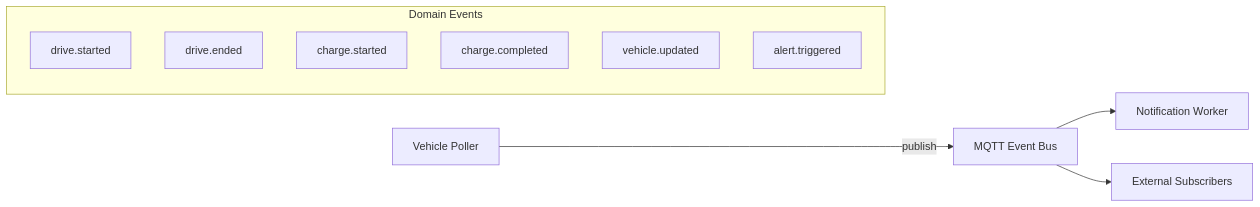
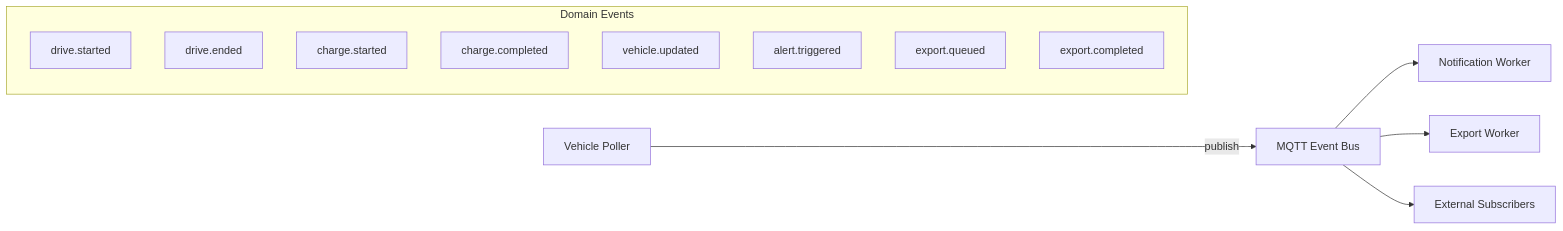
One commit to ev-dev-labs/teslasync changed the seventh of 11 diagrams in docs/guide/architecture.md. Above: the diagram before and after it, drawn with Mermaid. The commit also changed other lines of this file and 25 other files, not shown here.

First line of the commit message:
feat: add MQTT-backed export worker for async data exports

````diff
--- a/docs/guide/architecture.md
+++ b/docs/guide/architecture.md
@@ -701,15 +702,18 @@
 ```mermaid
 graph LR
     Worker["Vehicle Poller"] -->|publish| EventBus["MQTT Event Bus"]
     EventBus --> NotifWorker["Notification Worker"]
+    EventBus --> ExportWorker["Export Worker"]
     EventBus --> External["External Subscribers"]
 
     subgraph "Domain Events"
         E1["drive.started"]
         E2["drive.ended"]
         E3["charge.started"]
         E4["charge.completed"]
         E5["vehicle.updated"]
         E6["alert.triggered"]
+        E7["export.queued"]
+        E8["export.completed"]
     end
 ```
````
